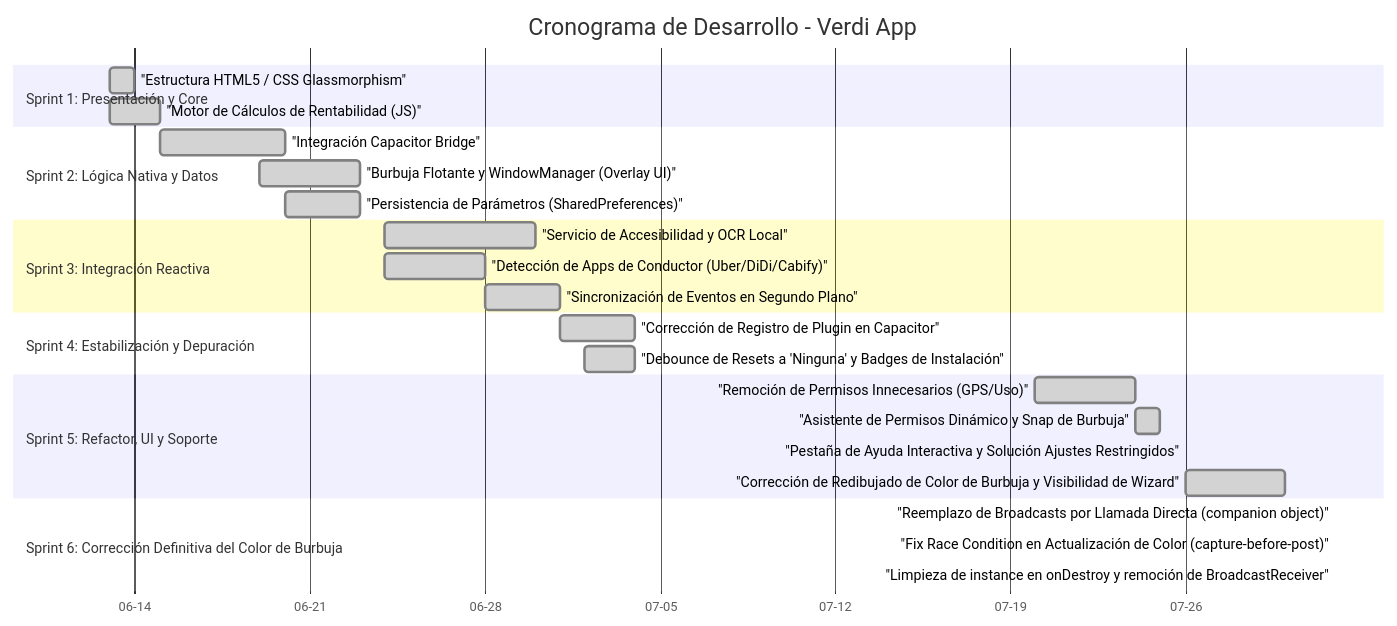
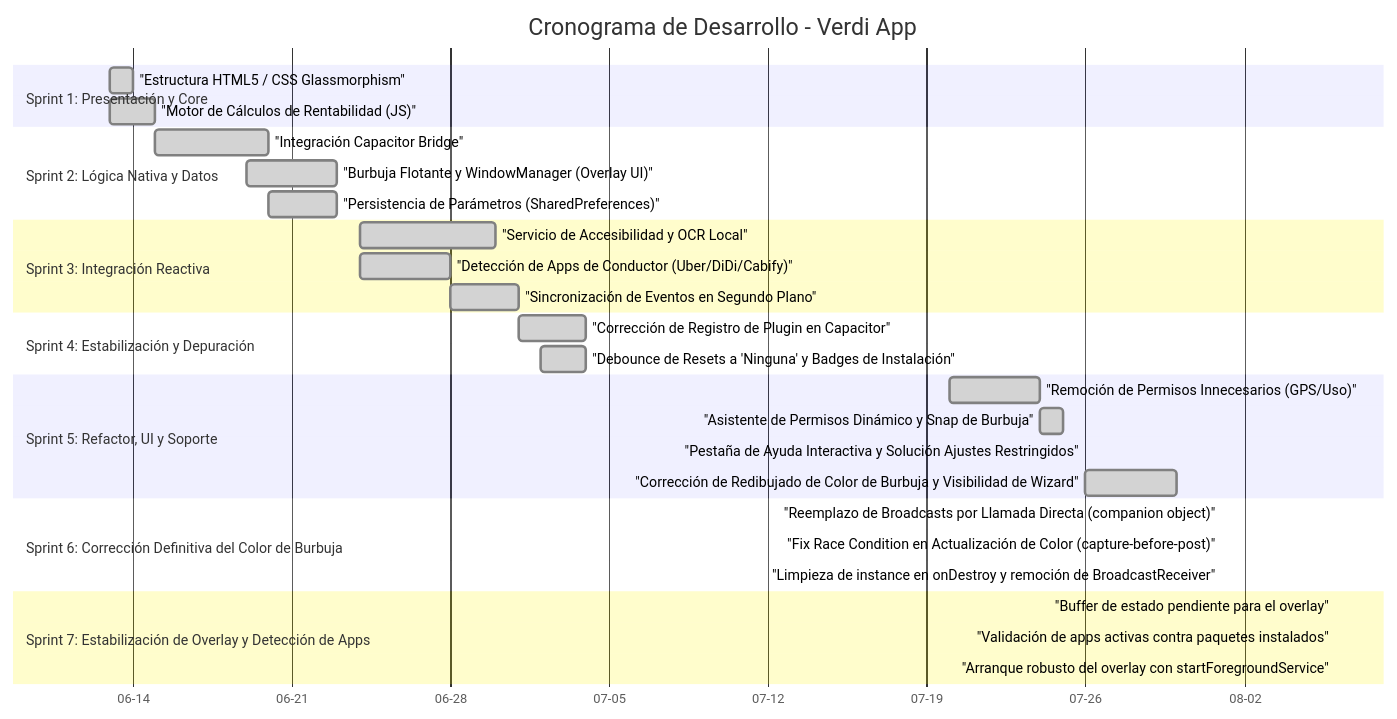
One commit to JorgeFreire95/Verdi changed the diagram in CRONOGRAMA_DESARROLLO.md. Above: the diagram before and after it, drawn with Mermaid. The commit also changed other lines of this file, not shown here.

````diff
--- a/CRONOGRAMA_DESARROLLO.md
+++ b/CRONOGRAMA_DESARROLLO.md
@@ -11,35 +11,40 @@
 ```mermaid
 gantt
     title Cronograma de Desarrollo - Verdi App
     dateFormat  YYYY-MM-DD
     axisFormat  %m-%d
     
     section Sprint 1: Presentación y Core
     "Estructura HTML5 / CSS Glassmorphism" :done, s1a, 2026-06-13, 2026-06-14
     "Motor de Cálculos de Rentabilidad (JS)" :done, s1b, 2026-06-13, 2026-06-15
     
     section Sprint 2: Lógica Nativa y Datos
     "Integración Capacitor Bridge" :done, s2a, 2026-06-15, 2026-06-20
     "Burbuja Flotante y WindowManager (Overlay UI)" :done, s2b, 2026-06-19, 2026-06-23
     "Persistencia de Parámetros (SharedPreferences)" :done, s2c, 2026-06-20, 2026-06-23
     
     section Sprint 3: Integración Reactiva
     "Servicio de Accesibilidad y OCR Local" :done, s3a, 2026-06-24, 2026-06-30
     "Detección de Apps de Conductor (Uber/DiDi/Cabify)" :done, s3b, 2026-06-24, 2026-06-28
     "Sincronización de Eventos en Segundo Plano" :done, s3c, 2026-06-28, 2026-07-01
     
     section Sprint 4: Estabilización y Depuración
     "Corrección de Registro de Plugin en Capacitor" :done, s4a, 2026-07-01, 2026-07-04
     "Debounce de Resets a 'Ninguna' y Badges de Instalación" :done, s4b, 2026-07-02, 2026-07-04
     
     section Sprint 5: Refactor, UI y Soporte
     "Remoción de Permisos Innecesarios (GPS/Uso)" :done, s5a, 2026-07-20, 2026-07-24
     "Asistente de Permisos Dinámico y Snap de Burbuja" :done, s5b, 2026-07-24, 2026-07-25
     "Pestaña de Ayuda Interactiva y Solución Ajustes Restringidos" :done, s5c, 2026-07-26, 2026-07-26
     "Corrección de Redibujado de Color de Burbuja y Visibilidad de Wizard" :done, s5d, 2026-07-26, 2026-07-30
     
     section Sprint 6: Corrección Definitiva del Color de Burbuja
     "Reemplazo de Broadcasts por Llamada Directa (companion object)" :done, s6a, 2026-08-01, 2026-08-01
     "Fix Race Condition en Actualización de Color (capture-before-post)" :done, s6b, 2026-08-01, 2026-08-01
     "Limpieza de instance en onDestroy y remoción de BroadcastReceiver" :done, s6c, 2026-08-01, 2026-08-01
+
+    section Sprint 7: Estabilización de Overlay y Detección de Apps
+    "Buffer de estado pendiente para el overlay" :done, s7a, 2026-08-06, 2026-08-06
+    "Validación de apps activas contra paquetes instalados" :done, s7b, 2026-08-06, 2026-08-06
+    "Arranque robusto del overlay con startForegroundService" :done, s7c, 2026-08-06, 2026-08-06
 ```
````
